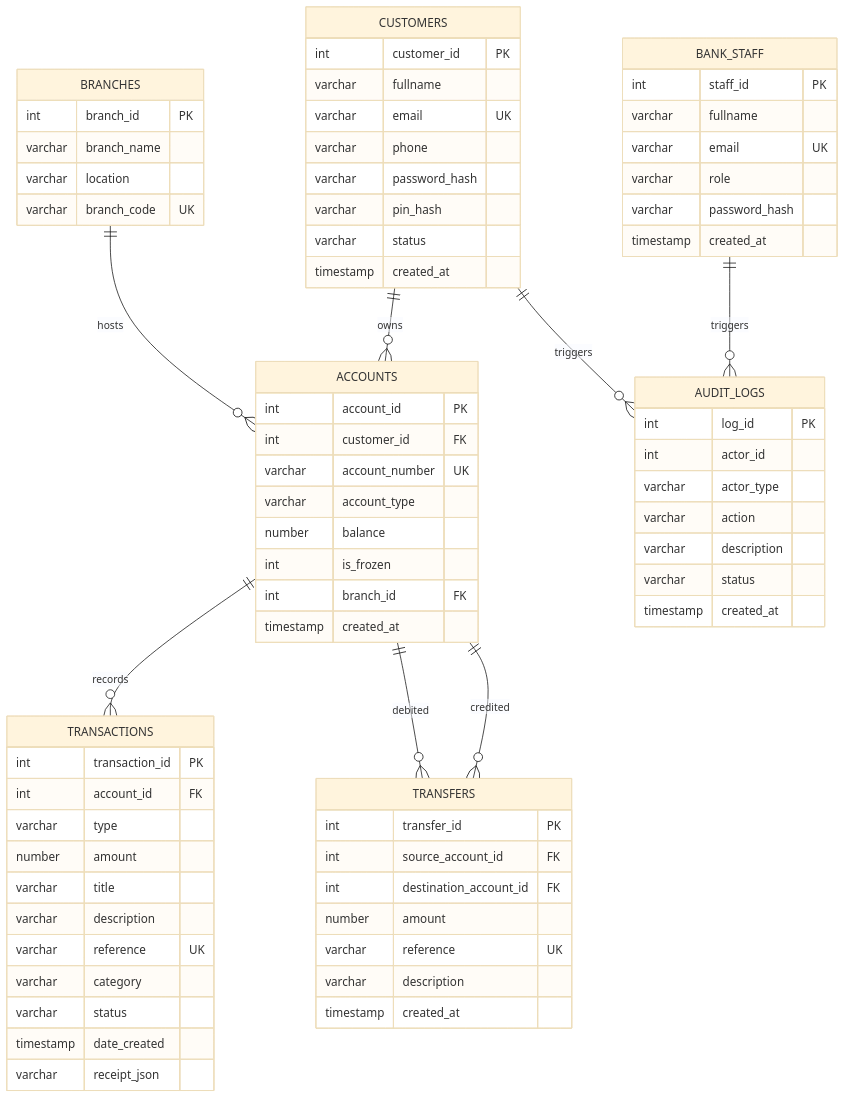
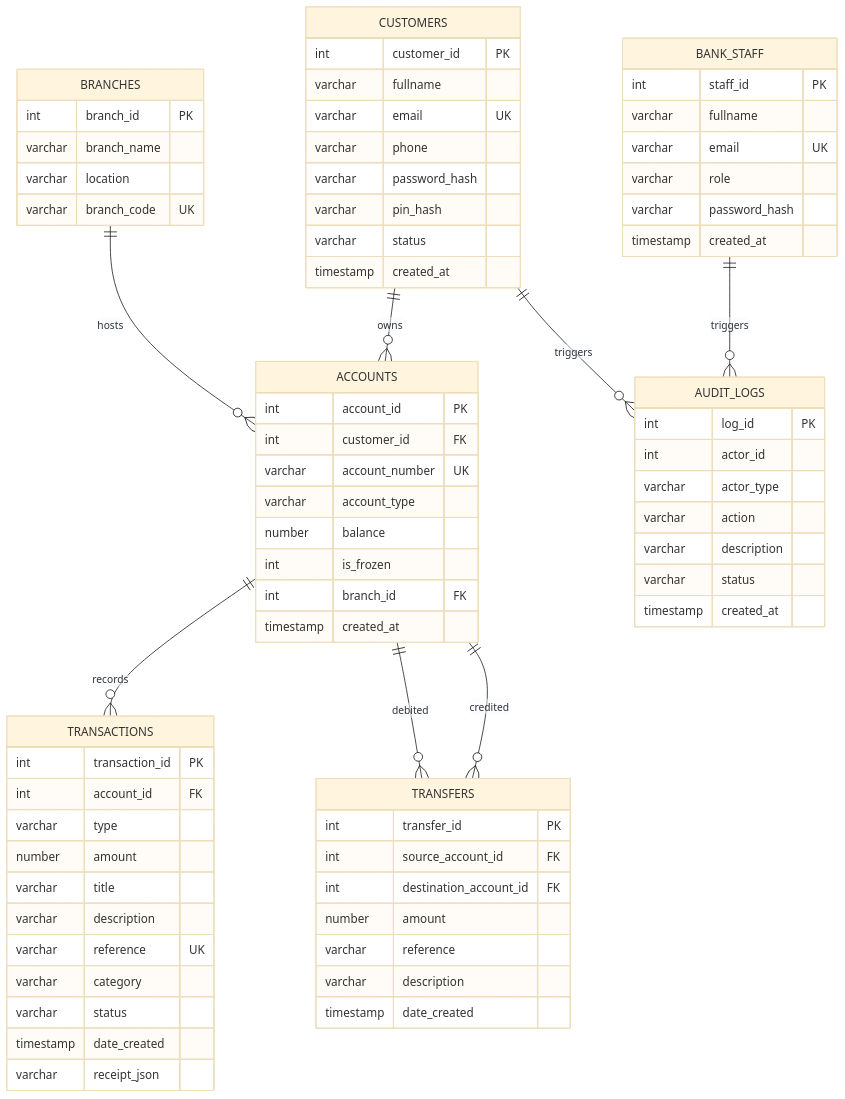
Before and after one commit to lilly787/Paylink: the second of 3 diagrams in Documentation_Report.md, drawn with Mermaid (base theme). The commit also changed other lines of this file, not shown here.

Commit message:
docs: expand OOP concepts, system architecture, and ER diagram schema details in documentation report

````diff
--- a/Documentation_Report.md
+++ b/Documentation_Report.md
@@ -157,82 +170,82 @@
 ```mermaid
 erDiagram
     BRANCHES ||--o{ ACCOUNTS : "hosts"
     CUSTOMERS ||--o{ ACCOUNTS : "owns"
     ACCOUNTS ||--o{ TRANSACTIONS : "records"
     ACCOUNTS ||--o{ TRANSFERS : "debited"
     ACCOUNTS ||--o{ TRANSFERS : "credited"
     CUSTOMERS ||--o{ AUDIT_LOGS : "triggers"
     BANK_STAFF ||--o{ AUDIT_LOGS : "triggers"
 
     BRANCHES {
         int branch_id PK
         varchar branch_name
         varchar location
         varchar branch_code UK
     }
 
     CUSTOMERS {
         int customer_id PK
         varchar fullname
         varchar email UK
         varchar phone
         varchar password_hash
         varchar pin_hash
         varchar status
         timestamp created_at
     }
 
     ACCOUNTS {
         int account_id PK
         int customer_id FK
         varchar account_number UK
         varchar account_type
         number balance
         int is_frozen
         int branch_id FK
         timestamp created_at
     }
 
     TRANSACTIONS {
         int transaction_id PK
         int account_id FK
         varchar type
         number amount
         varchar title
         varchar description
         varchar reference UK
         varchar category
         varchar status
         timestamp date_created
         varchar receipt_json
     }
 
     TRANSFERS {
         int transfer_id PK
         int source_account_id FK
         int destination_account_id FK
         number amount
-        varchar reference UK
+        varchar reference
         varchar description
-        timestamp created_at
+        timestamp date_created
     }
 
     AUDIT_LOGS {
         int log_id PK
         int actor_id
         varchar actor_type
         varchar action
         varchar description
         varchar status
         timestamp created_at
     }
 
     BANK_STAFF {
         int staff_id PK
         varchar fullname
         varchar email UK
         varchar role
         varchar password_hash
         timestamp created_at
     }
 ```
````
